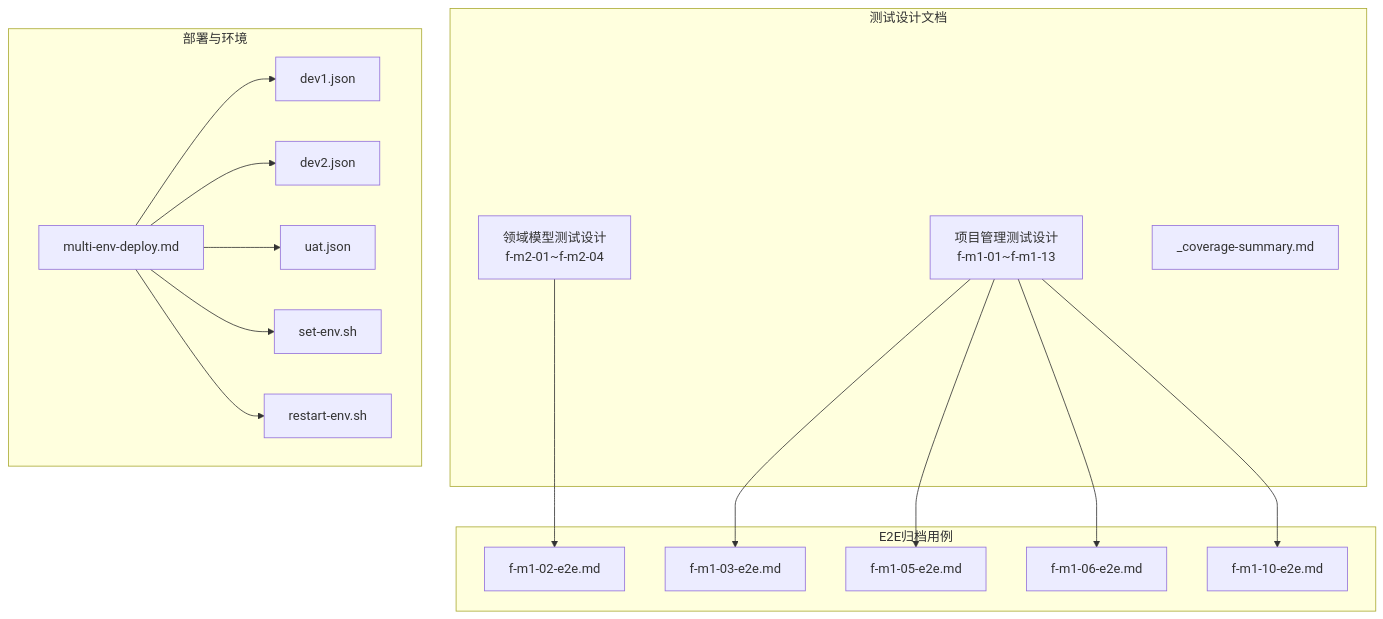
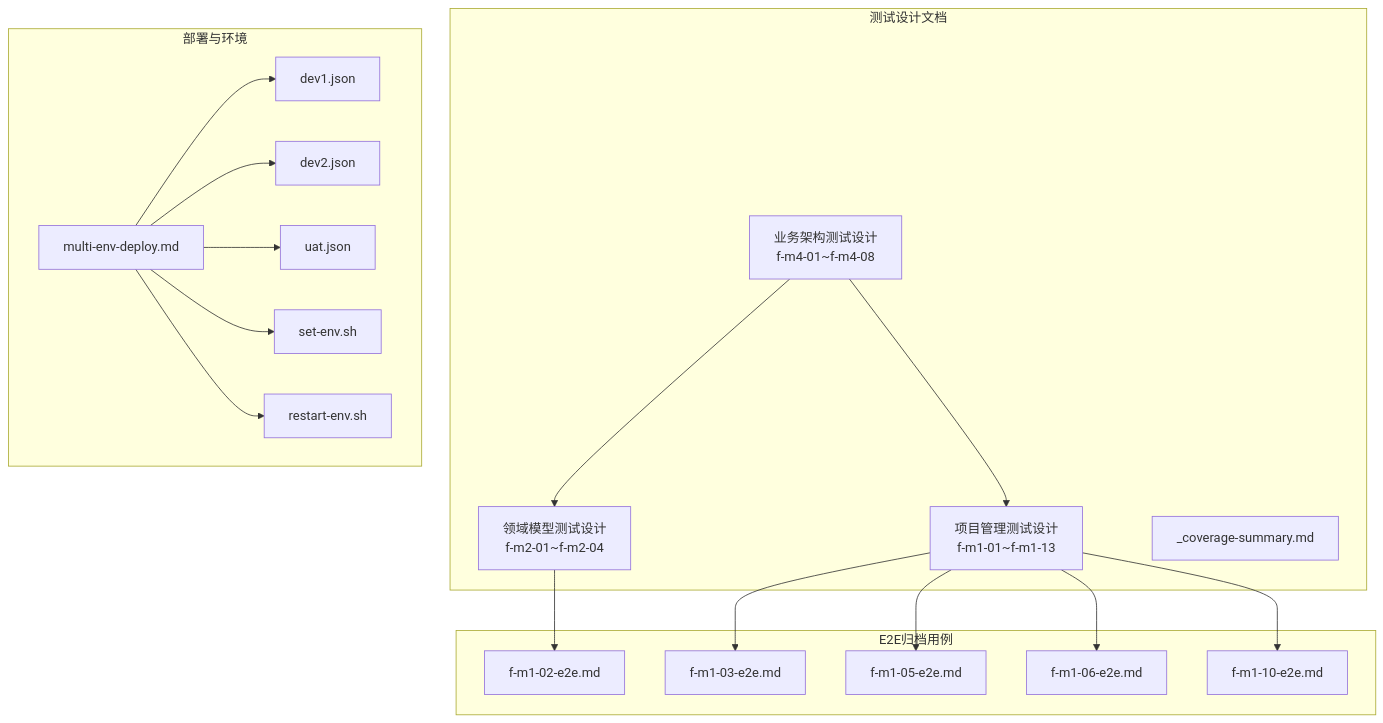
The first of 3 diagrams in .qoder/repowiki/zh/content/测试策略/测试策略.md (kai-cui1/ai-prototype-manager), drawn with Mermaid before and after one commit. The commit also changed other lines of this file and 295 other files, not shown here.

````diff
--- a/.qoder/repowiki/zh/content/测试策略/测试策略.md
+++ b/.qoder/repowiki/zh/content/测试策略/测试策略.md
@@ -57,33 +75,36 @@
 ```mermaid
 graph TB
 subgraph "测试设计文档"
 TD1["领域模型测试设计<br/>f-m2-01~f-m2-04"]
 TD2["项目管理测试设计<br/>f-m1-01~f-m1-13"]
+TD3["业务架构测试设计<br/>f-m4-01~f-m4-08"]
 COV["_coverage-summary.md"]
 end
 subgraph "E2E归档用例"
 E2E1["f-m1-02-e2e.md"]
 E2E2["f-m1-03-e2e.md"]
 E2E3["f-m1-05-e2e.md"]
 E2E4["f-m1-06-e2e.md"]
 E2E5["f-m1-10-e2e.md"]
 end
 subgraph "部署与环境"
 DEP["multi-env-deploy.md"]
 ENV1["dev1.json"]
 ENV2["dev2.json"]
 ENVU["uat.json"]
 SETENV["set-env.sh"]
 RST["restart-env.sh"]
 end
 TD1 --> E2E1
 TD2 --> E2E2
 TD2 --> E2E3
 TD2 --> E2E4
 TD2 --> E2E5
+TD3 --> TD1
+TD3 --> TD2
 DEP --> ENV1
 DEP --> ENV2
 DEP --> ENVU
 DEP --> SETENV
 DEP --> RST
 ```
````
